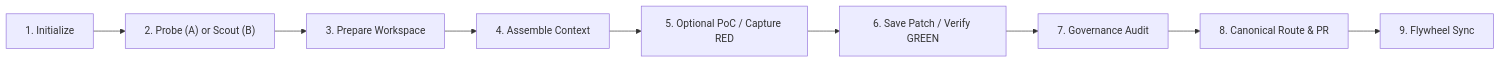
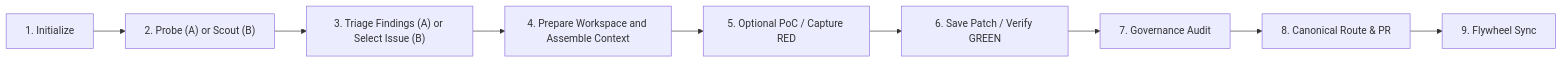
The diagram in skills/opencontrib-cli/SKILL.md (MeiSiristhebest/opencontrib), drawn with Mermaid before and after one commit. The commit also changed other lines of this file and 51 other files, not shown here.

````diff
--- a/skills/opencontrib-cli/SKILL.md
+++ b/skills/opencontrib-cli/SKILL.md
@@ -25,11 +25,11 @@
 ```mermaid
 graph LR
     P1["1. Initialize"] --> P2["2. Probe (A) or Scout (B)"]
-    P2 --> P3["3. Prepare Workspace"]
-    P3 --> P4["4. Assemble Context"]
+    P2 --> P3["3. Triage Findings (A) or Select Issue (B)"]
+    P3 --> P4["4. Prepare Workspace and Assemble Context"]
     P4 --> P5["5. Optional PoC / Capture RED"]
     P5 --> P6["6. Save Patch / Verify GREEN"]
     P6 --> P7["7. Governance Audit"]
     P7 --> P8["8. Canonical Route & PR"]
     P8 --> P9["9. Flywheel Sync"]
 ```
````
